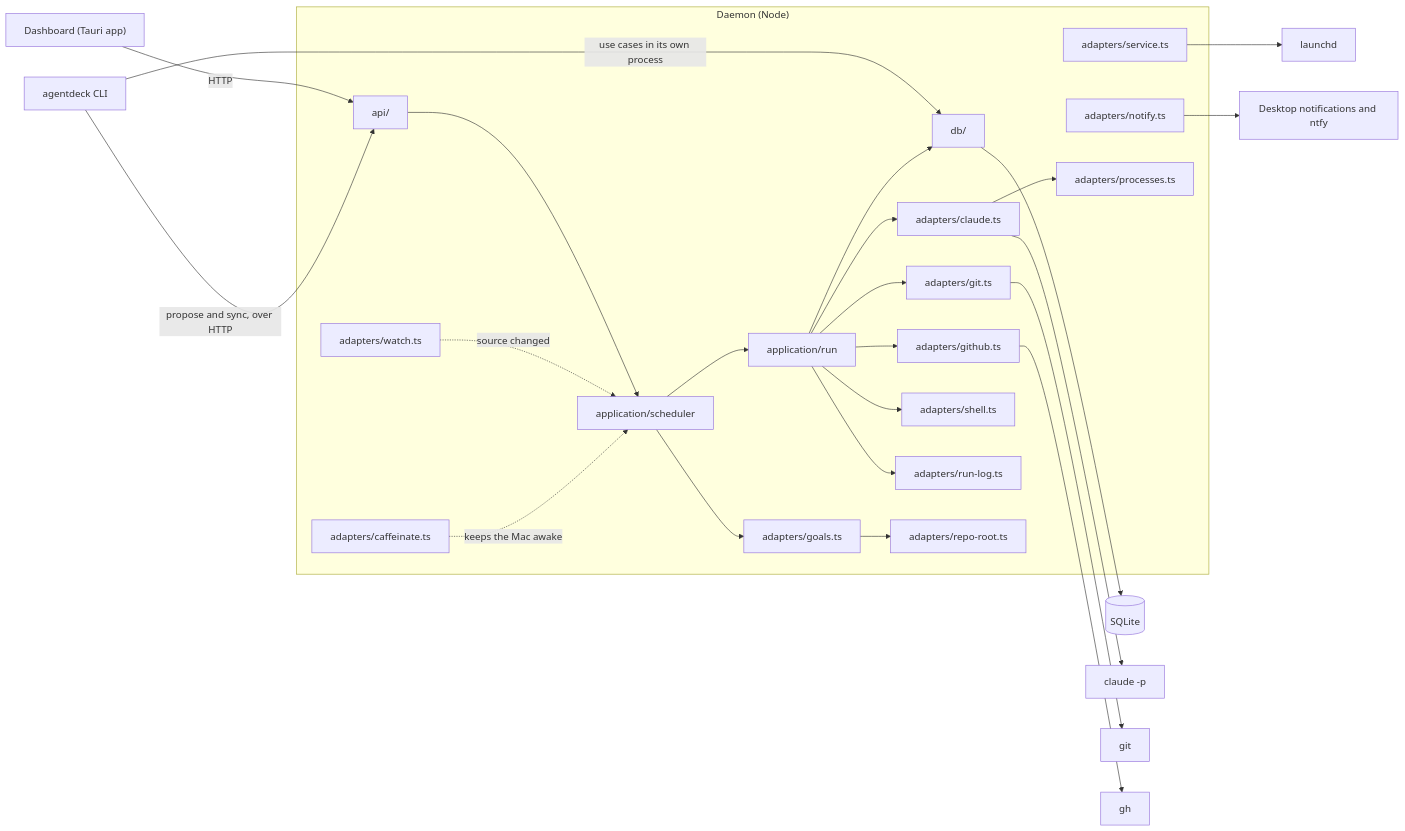
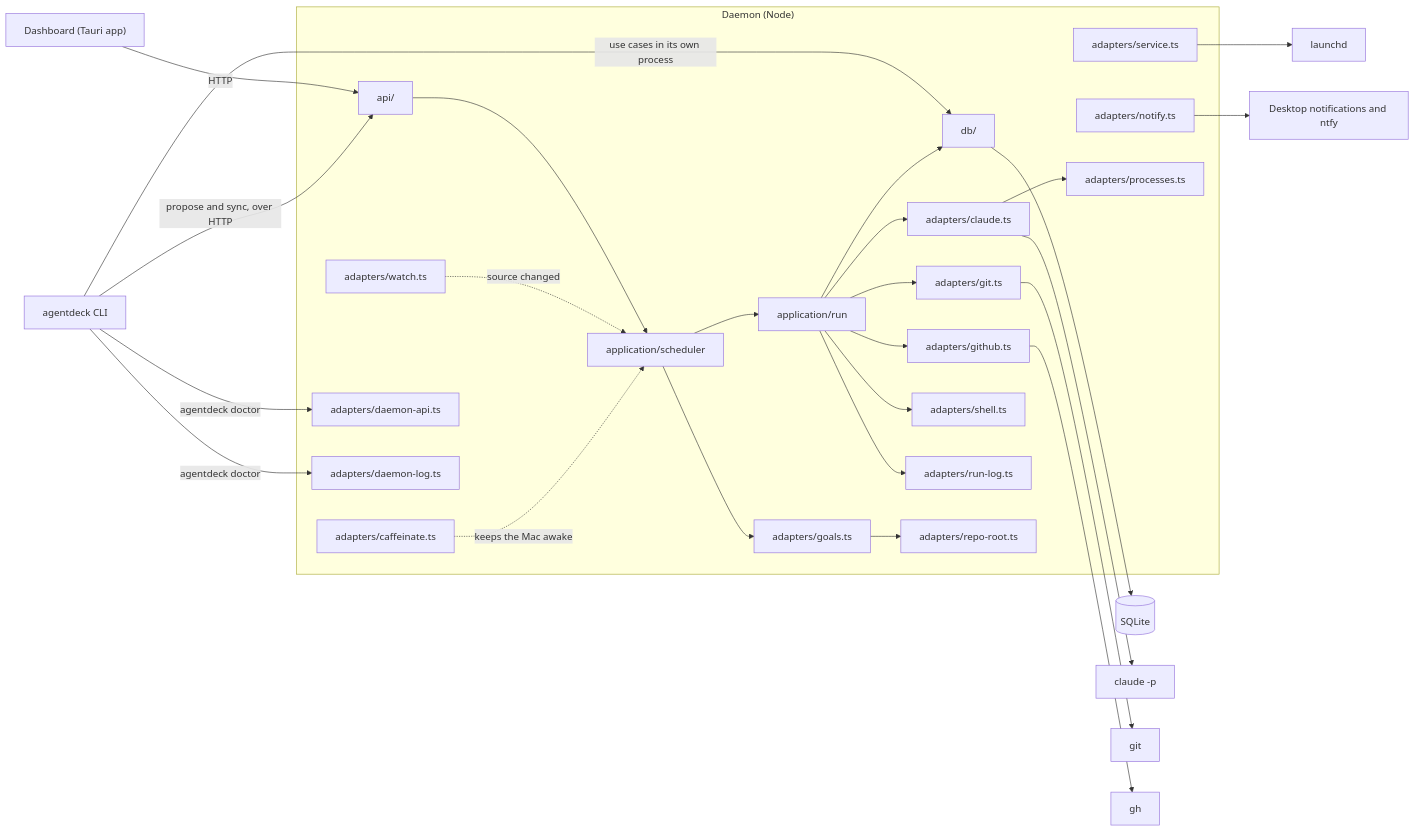
Before and after one commit to tomrobdev/agentdeck: the first of 5 diagrams in docs/architecture.md, drawn with Mermaid. The commit also changed other lines of this file and 23 other files, not shown here.

First line of the commit message:
agentdeck doctor: the daemon's health in one command

````diff
--- a/docs/architecture.md
+++ b/docs/architecture.md
@@ -7,48 +7,52 @@
 ```mermaid
 flowchart LR
   dashboard["Dashboard (Tauri app)"]
   cli["agentdeck CLI"]
   subgraph daemon["Daemon (Node)"]
     api["api/"]
     scheduler["application/scheduler"]
     worker["application/run"]
     db["db/"]
     claude["adapters/claude.ts"]
     git["adapters/git.ts"]
     github["adapters/github.ts"]
     service["adapters/service.ts"]
     notify["adapters/notify.ts"]
     processes["adapters/processes.ts"]
     shell["adapters/shell.ts"]
     runlog["adapters/run-log.ts"]
     goals["adapters/goals.ts"]
     reporoot["adapters/repo-root.ts"]
     watch["adapters/watch.ts"]
     caffeinate["adapters/caffeinate.ts"]
+    daemonapi["adapters/daemon-api.ts"]
+    daemonlog["adapters/daemon-log.ts"]
   end
   sqlite[("SQLite")]
   claudecli["claude -p"]
   gitbin["git"]
   ghbin["gh"]
   launchd["launchd"]
   notifications["Desktop notifications and ntfy"]
   dashboard -- HTTP --> api
   cli -- "use cases in its own process" --> db
   cli -- "propose and sync, over HTTP" --> api
   api --> scheduler
   scheduler --> worker
   worker --> db
   db --> sqlite
   worker --> claude --> claudecli
   worker --> git --> gitbin
   worker --> github --> ghbin
   worker --> shell
   claude --> processes
   worker --> runlog
   scheduler --> goals
   goals --> reporoot
   service --> launchd
   notify --> notifications
   watch -. "source changed" .-> scheduler
   caffeinate -. "keeps the Mac awake" .-> scheduler
+  cli -- "agentdeck doctor" --> daemonapi
+  cli -- "agentdeck doctor" --> daemonlog
 ```
````
